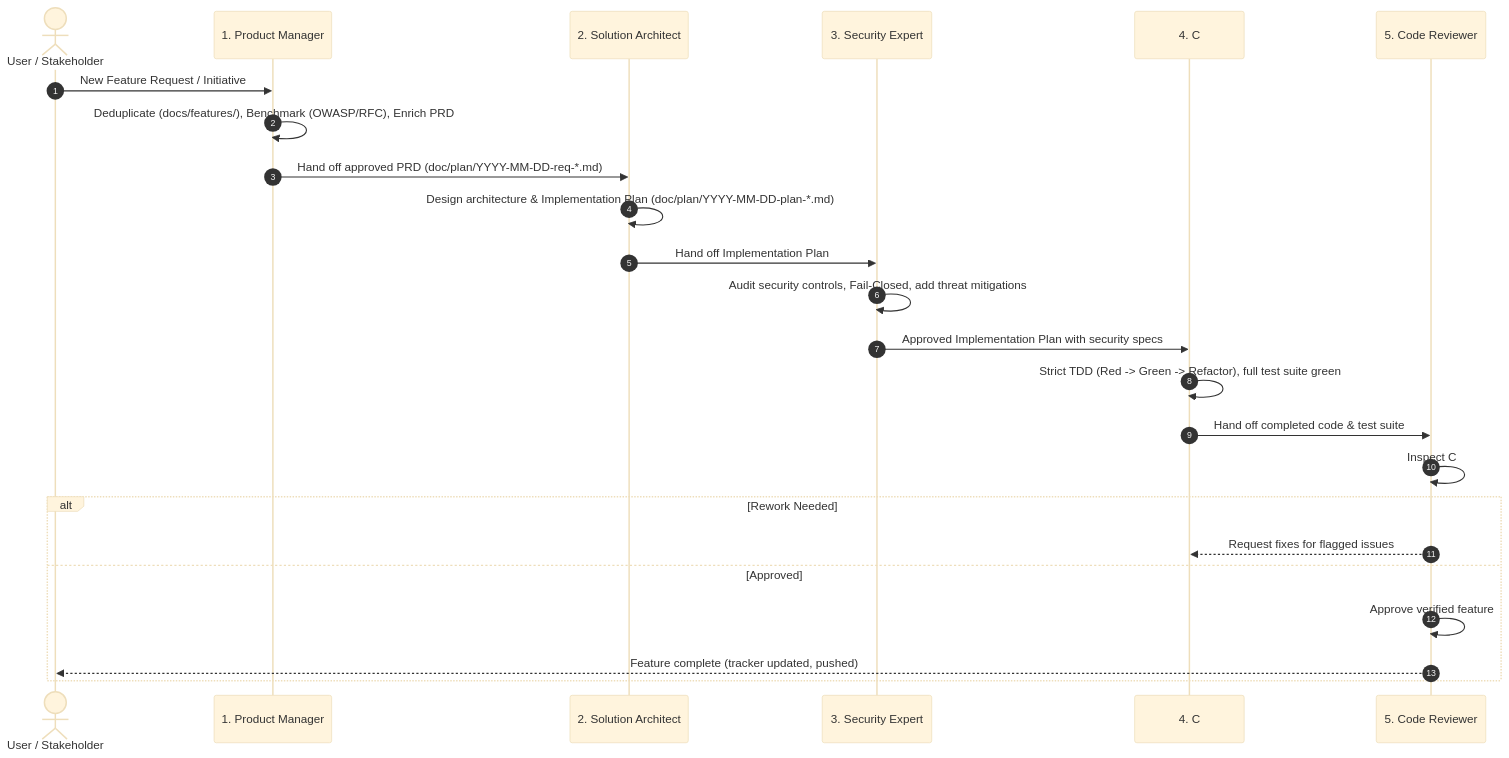
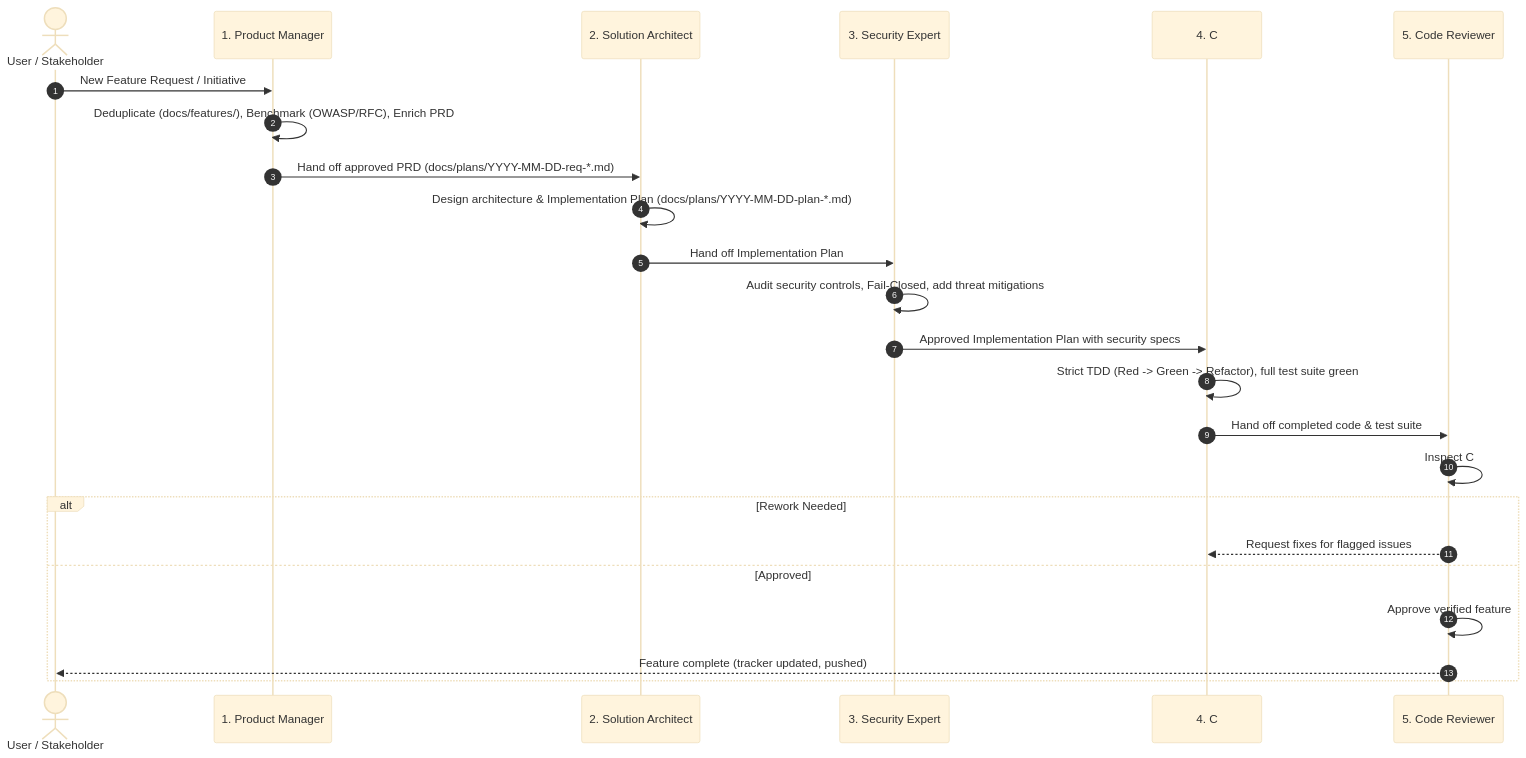
One commit to themulle/autheris changed the diagram in .agents/skills/project-manager/SKILL.md. Above: the diagram before and after it, drawn with Mermaid (base theme). The commit also changed other lines of this file and 12 other files, not shown here.

````diff
--- a/.agents/skills/project-manager/SKILL.md
+++ b/.agents/skills/project-manager/SKILL.md
@@ -20,27 +20,27 @@
 ```mermaid
 sequenceDiagram
     autonumber
     actor User as User / Stakeholder
     participant PM as 1. Product Manager
     participant Arch as 2. Solution Architect
     participant Sec as 3. Security Expert
     participant Dev as 4. C# TDD Developer(s)
     participant Rev as 5. Code Reviewer
 
     User->>PM: New Feature Request / Initiative
     PM->>PM: Deduplicate (docs/features/), Benchmark (OWASP/RFC), Enrich PRD
-    PM->>Arch: Hand off approved PRD (doc/plan/YYYY-MM-DD-req-*.md)
-    Arch->>Arch: Design architecture & Implementation Plan (doc/plan/YYYY-MM-DD-plan-*.md)
+    PM->>Arch: Hand off approved PRD (docs/plans/YYYY-MM-DD-req-*.md)
+    Arch->>Arch: Design architecture & Implementation Plan (docs/plans/YYYY-MM-DD-plan-*.md)
     Arch->>Sec: Hand off Implementation Plan
     Sec->>Sec: Audit security controls, Fail-Closed, add threat mitigations
     Sec->>Dev: Approved Implementation Plan with security specs
     Dev->>Dev: Strict TDD (Red -> Green -> Refactor), full test suite green
     Dev->>Rev: Hand off completed code & test suite
     Rev->>Rev: Inspect C# idioms, allocations, test coverage
     alt Rework Needed
         Rev-->>Dev: Request fixes for flagged issues
     else Approved
         Rev->>Rev: Approve verified feature
         Rev-->>User: Feature complete (tracker updated, pushed)
     end
 ```
````
